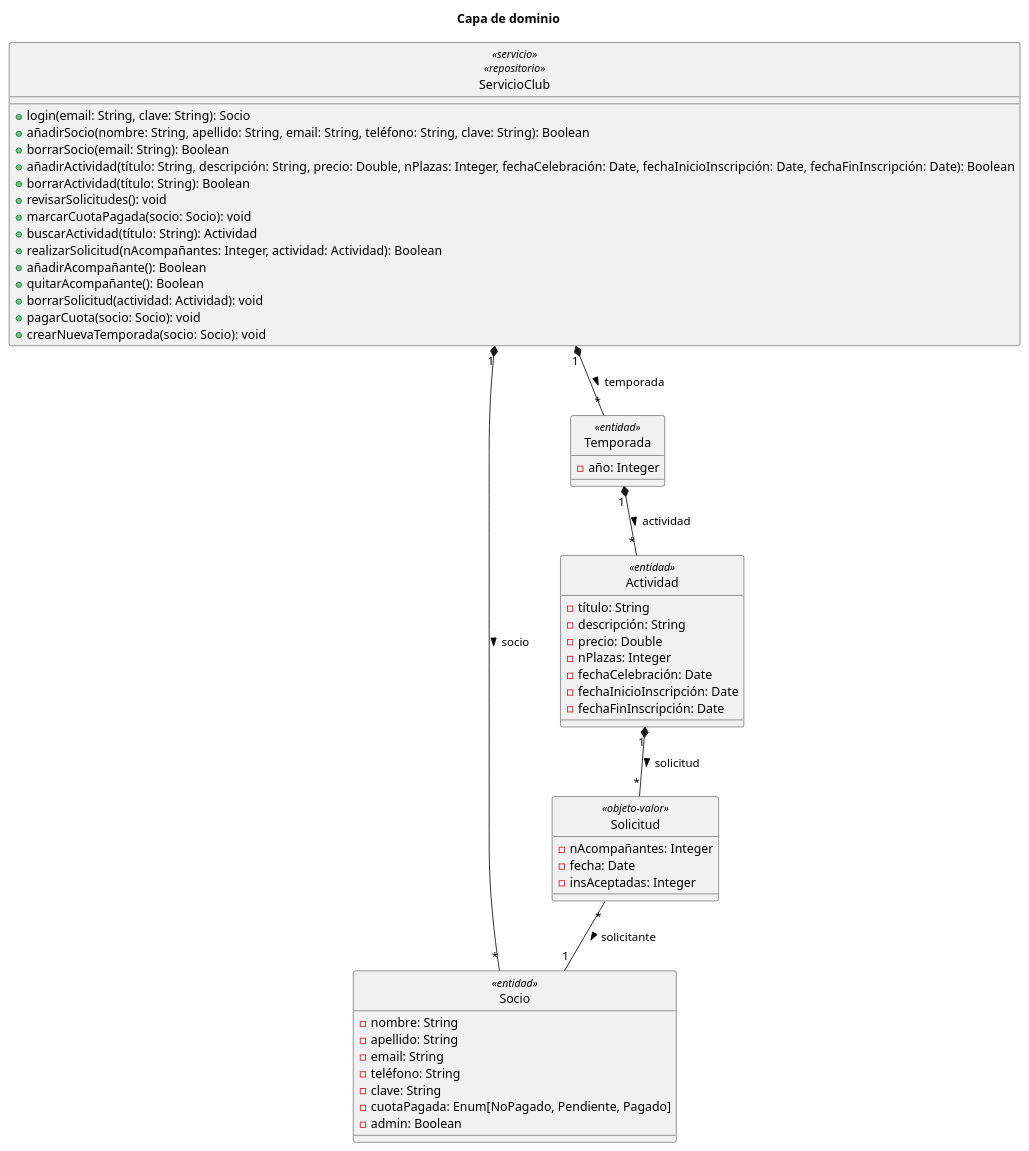
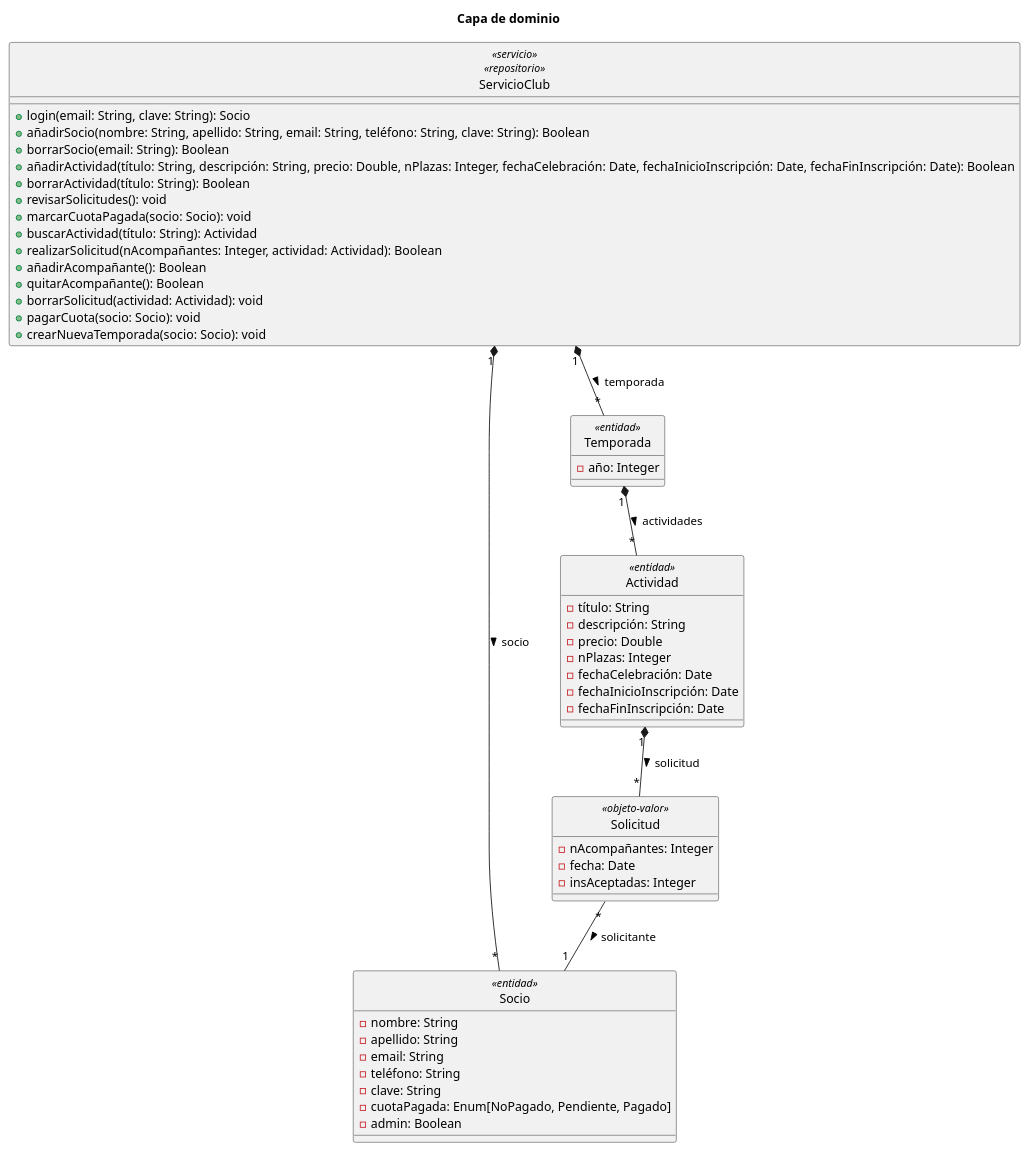
Before and after one commit to fjja0004/DAE-2024-fjja0004-scr00043-jfb00009: the diagram in diagramaDominio.puml, drawn with PlantUML. The commit also changed 3 other files, not shown here.

Commit message:
Muevo la clase Socio a dentro de la carpeta Entidades y actualizo en el UML el nombre de la relación actividad a actividades para diferenciarla mejor del nombre de la clase Actividades.

```diff
--- a/diagramaDominio.puml
+++ b/diagramaDominio.puml
@@ -1,59 +1,59 @@
 @startuml
 title "Capa de dominio"
 hide circle
 'skinparam classAttributeIconSize 0
 
 class ServicioClub <<servicio>> <<repositorio>> {
     + login(email: String, clave: String): Socio
     + añadirSocio(nombre: String, apellido: String, email: String, teléfono: String, clave: String): Boolean
     + borrarSocio(email: String): Boolean
     + añadirActividad(título: String, descripción: String, precio: Double, nPlazas: Integer, fechaCelebración: Date, fechaInicioInscripción: Date, fechaFinInscripción: Date): Boolean
     + borrarActividad(título: String): Boolean
     + revisarSolicitudes(): void
     + marcarCuotaPagada(socio: Socio): void
     + buscarActividad(título: String): Actividad
     + realizarSolicitud(nAcompañantes: Integer, actividad: Actividad): Boolean
     + añadirAcompañante(): Boolean
     + quitarAcompañante(): Boolean
     + borrarSolicitud(actividad: Actividad): void
     + pagarCuota(socio: Socio): void
     + crearNuevaTemporada(socio: Socio): void
 }
 
 class Socio <<entidad>> {
 - nombre: String
 - apellido: String
 - email: String
 - teléfono: String
 - clave: String
 - cuotaPagada: Enum[NoPagado, Pendiente, Pagado]
 - admin: Boolean
 }
 
 class Actividad <<entidad>> {
 - título: String
 - descripción: String
 - precio: Double
 - nPlazas: Integer
 - fechaCelebración: Date
 - fechaInicioInscripción: Date
 - fechaFinInscripción: Date
 }
 
 class Solicitud <<objeto-valor>> {
 - nAcompañantes: Integer
 - fecha: Date
 - insAceptadas: Integer
 }
 
 class Temporada <<entidad>> {
 - año: Integer
 }
 
 Solicitud "*" -- "1" Socio : > solicitante
 Actividad "1" *-- "*" Solicitud : > solicitud
-Temporada "1" *-- "*" Actividad : > actividad
+Temporada "1" *-- "*" Actividad : > actividades
 ServicioClub "1" *-- "*" Socio : > socio
 ServicioClub "1" *-- "*" Temporada : > temporada
 
 @enduml
```
